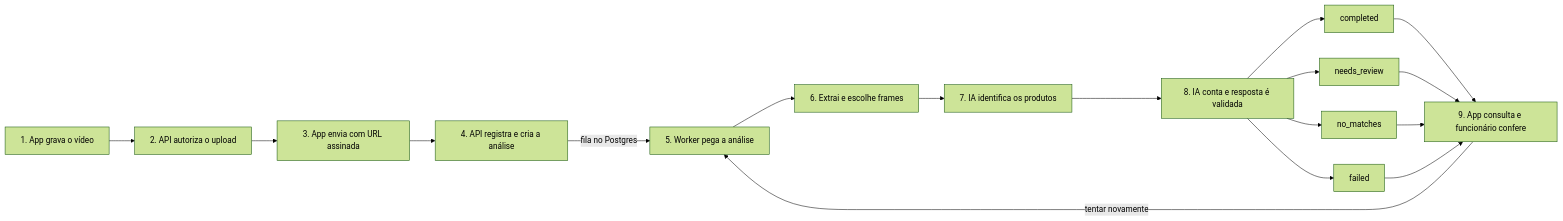
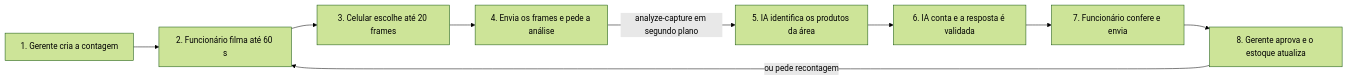
Before and after one commit to wscneto/contabot: the second of 2 diagrams in docs/arquitetura-mobile.md, drawn with Mermaid (forest theme). The commit also changed other lines of this file and 6 other files, not shown here.

````diff
--- a/docs/arquitetura-mobile.md
+++ b/docs/arquitetura-mobile.md
@@ -88,13 +88,11 @@
 ```mermaid
 flowchart LR
-    p1["1. App grava o vídeo"] --> p2["2. API autoriza o upload"]
-    p2 --> p3["3. App envia com URL assinada"]
-    p3 --> p4["4. API registra e cria a análise"]
-    p4 -- "fila no Postgres" --> p5["5. Worker pega a análise"]
-    p5 --> p6["6. Extrai e escolhe frames"]
-    p6 --> p7["7. IA identifica os produtos"]
-    p7 --> p8["8. IA conta e resposta é validada"]
-    p8 --> s1["completed"] & s2["needs_review"] & s3["no_matches"] & s4["failed"]
-    s1 & s2 & s3 & s4 --> p9["9. App consulta e funcionário confere"]
-    p9 -- "tentar novamente" --> p5
+    p1["1. Gerente cria a contagem"] --> p2["2. Funcionário filma até 60 s"]
+    p2 --> p3["3. Celular escolhe até 20 frames"]
+    p3 --> p4["4. Envia os frames e pede a análise"]
+    p4 -- "analyze-capture em segundo plano" --> p5["5. IA identifica os produtos da área"]
+    p5 --> p6["6. IA conta e a resposta é validada"]
+    p6 --> p7["7. Funcionário confere e envia"]
+    p7 --> p8["8. Gerente aprova e o estoque atualiza"]
+    p8 -- "ou pede recontagem" --> p2
 ```
````
